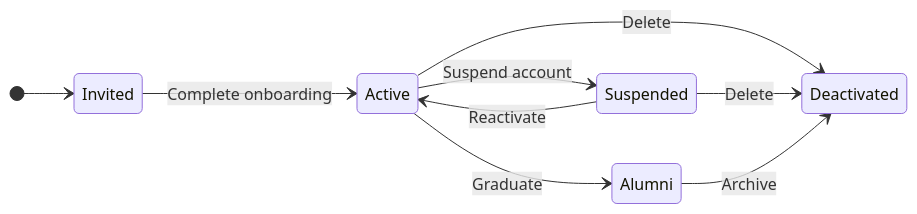
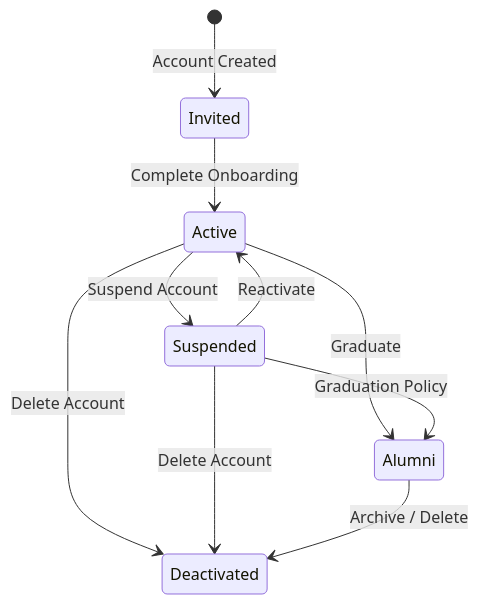
Before and after one commit to Informatics25/informatics25-platform-docs: the diagram in product/rhs/01-rhs-001-authentication.md, drawn with Mermaid. The commit also changed other lines of this file, not shown here.

````diff
--- a/product/rhs/01-rhs-001-authentication.md
+++ b/product/rhs/01-rhs-001-authentication.md
@@ -44,16 +44,17 @@
 ```mermaid
 stateDiagram-v2
-    direction LR
 
-    [*] --> Invited
+    [*] --> Invited : Account Created
 
-    Invited --> Active : Complete onboarding
-    Active --> Suspended : Suspend account
+    Invited --> Active : Complete Onboarding
+
+    Active --> Suspended : Suspend Account
     Active --> Alumni : Graduate
-    Active --> Deactivated : Delete
+    Active --> Deactivated : Delete Account
 
     Suspended --> Active : Reactivate
-    Suspended --> Deactivated : Delete
+    Suspended --> Alumni : Graduation Policy
+    Suspended --> Deactivated : Delete Account
 
-    Alumni --> Deactivated : Archive
+    Alumni --> Deactivated : Archive / Delete
 ```
````
